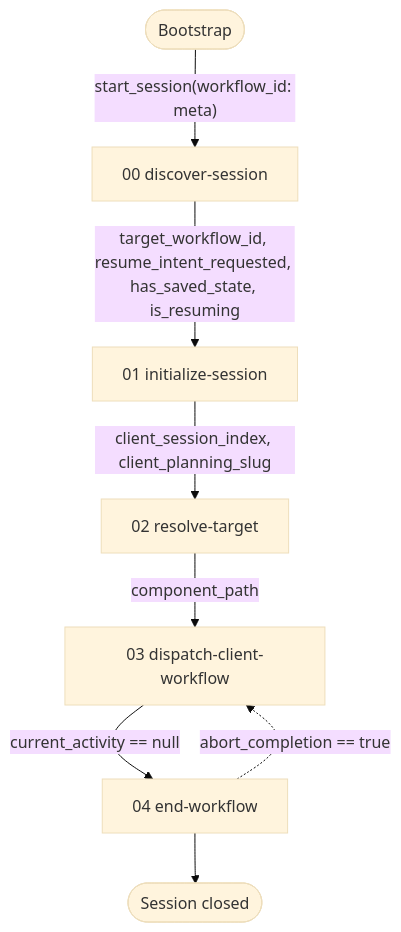
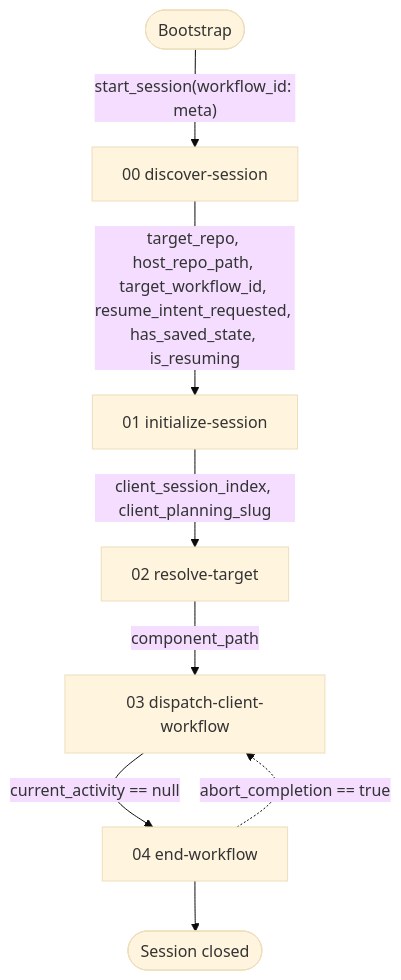
Before and after one commit to m2ux/workflow-server: the diagram in meta/README.md, drawn with Mermaid (base theme). The commit also changed other lines of this file and 19 other files, not shown here.

````diff
--- a/meta/README.md
+++ b/meta/README.md
@@ -37,10 +37,10 @@
 ```mermaid
 graph TD
     startNode(["Bootstrap"]) -->|"start_session(workflow_id: meta)"| DS["00 discover-session"]
-    DS -->|"target_workflow_id, resume_intent_requested, has_saved_state, is_resuming"| INI["01 initialize-session"]
+    DS -->|"target_repo, host_repo_path, target_workflow_id, resume_intent_requested, has_saved_state, is_resuming"| INI["01 initialize-session"]
     INI -->|"client_session_index, client_planning_slug"| RT["02 resolve-target"]
     RT -->|"component_path"| DSP["03 dispatch-client-workflow"]
     DSP -->|"current_activity == null"| END["04 end-workflow"]
     END -.->|"abort_completion == true"| DSP
     END --> doneNode(["Session closed"])
 ```
````
